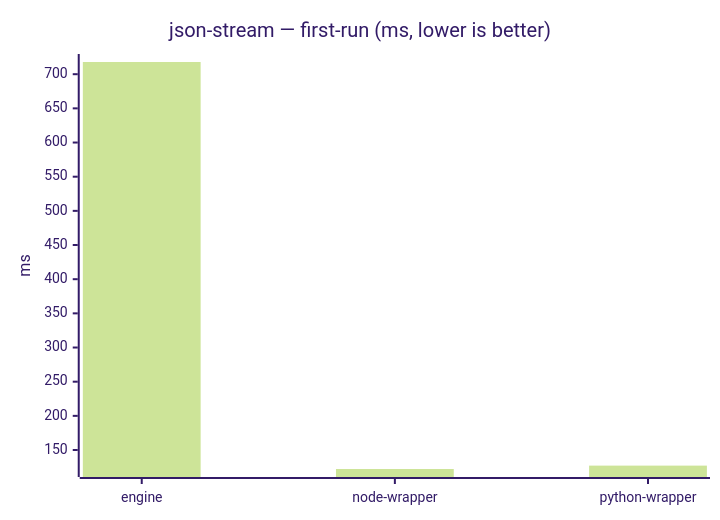
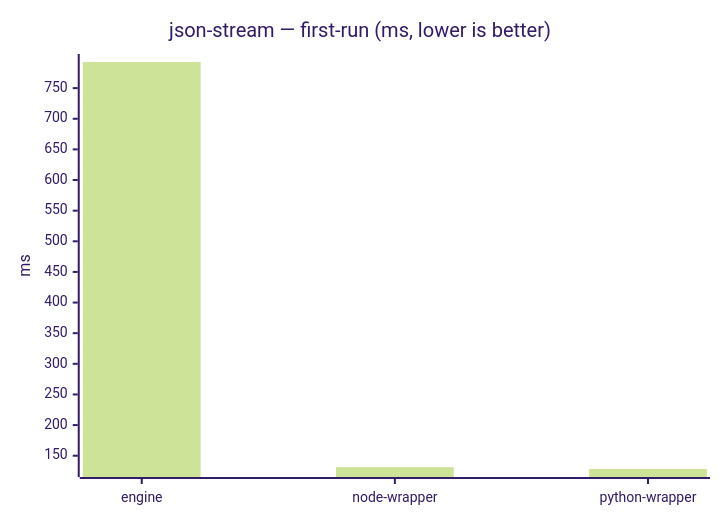
Diagram 11 of 23 in benchmarks/report/RESULTS.md (mulesoft/data-weave-cli), drawn with Mermaid (forest theme) before and after one commit. The commit also changed other lines of this file, not shown here.

````diff
--- a/benchmarks/report/RESULTS.md
+++ b/benchmarks/report/RESULTS.md
@@ -136,7 +134,7 @@
 ```mermaid
 xychart-beta
     title "json-stream — first-run (ms, lower is better)"
     x-axis ["engine", "node-wrapper", "python-wrapper"]
     y-axis "ms"
-    bar [717.852, 122.225, 127.181]
+    bar [792.661, 131.286, 128.314]
 ```
````
